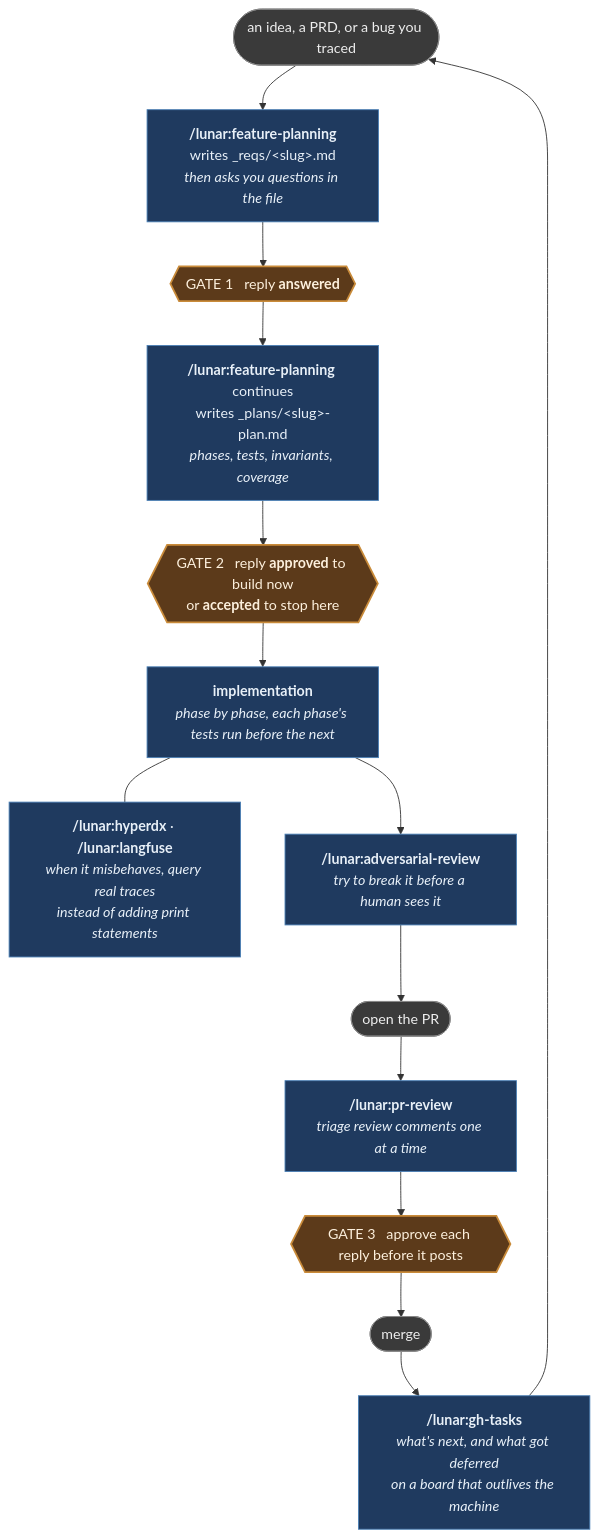
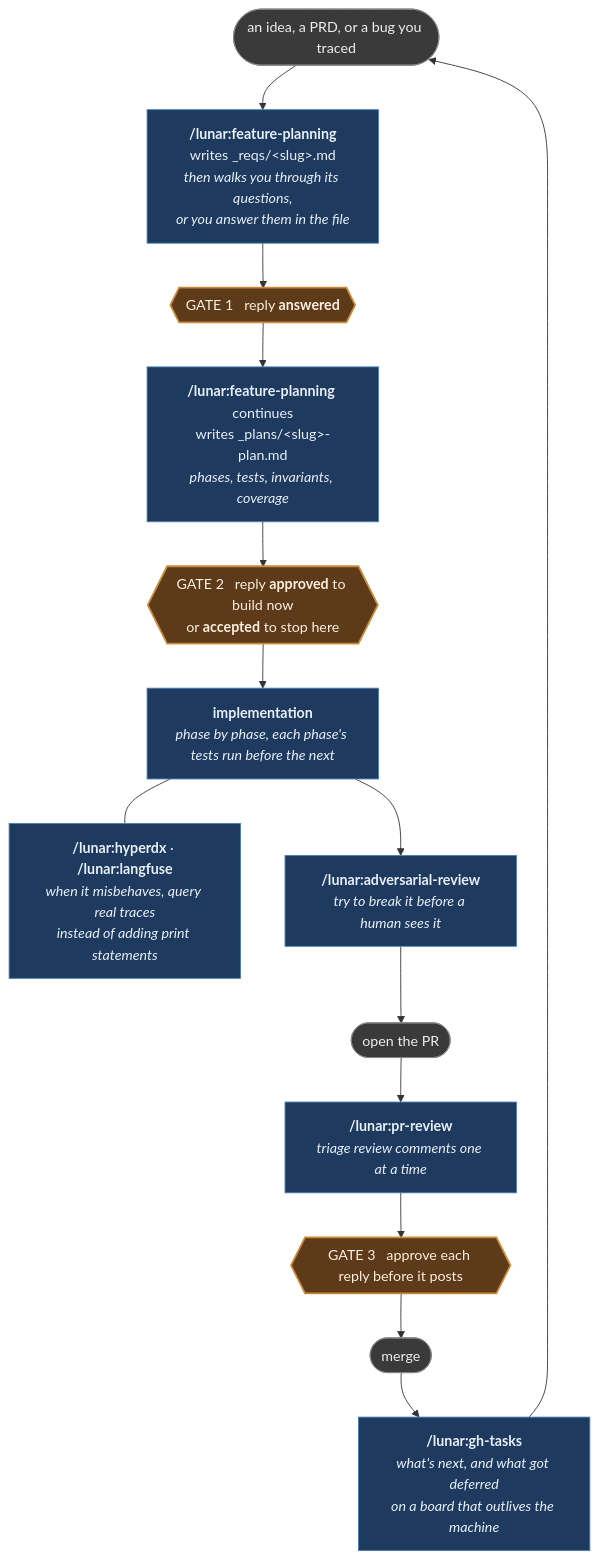
Before and after one commit to LunarCommand/claude-skills: the diagram in README.md, drawn with Mermaid. The commit also changed other lines of this file and 3 other files, not shown here.

````diff
--- a/README.md
+++ b/README.md
@@ -38,28 +38,28 @@
 ```mermaid
 flowchart TD
     idea(["an idea, a PRD, or a bug you traced"])
-    fp1["<b>/lunar:feature-planning</b><br/>writes _reqs/&lt;slug&gt;.md<br/><i>then asks you questions in the file</i>"]
+    fp1["<b>/lunar:feature-planning</b><br/>writes _reqs/&lt;slug&gt;.md<br/><i>then walks you through its questions,<br/>or you answer them in the file</i>"]
     g1{{"GATE 1 &nbsp; reply <b>answered</b>"}}
     fp2["<b>/lunar:feature-planning</b> continues<br/>writes _plans/&lt;slug&gt;-plan.md<br/><i>phases, tests, invariants, coverage</i>"]
     g2{{"GATE 2 &nbsp; reply <b>approved</b> to build now<br/>or <b>accepted</b> to stop here"}}
     impl["<b>implementation</b><br/><i>phase by phase, each phase's tests run before the next</i>"]
     dbg["<b>/lunar:hyperdx</b> &middot; <b>/lunar:langfuse</b><br/><i>when it misbehaves, query real traces<br/>instead of adding print statements</i>"]
     adv["<b>/lunar:adversarial-review</b><br/><i>try to break it before a human sees it</i>"]
     pr(["open the PR"])
     prr["<b>/lunar:pr-review</b><br/><i>triage review comments one at a time</i>"]
     g3{{"GATE 3 &nbsp; approve each reply before it posts"}}
     merge(["merge"])
     tasks["<b>/lunar:gh-tasks</b><br/><i>what's next, and what got deferred<br/>on a board that outlives the machine</i>"]
 
     idea --> fp1 --> g1 --> fp2 --> g2 --> impl --> adv --> pr --> prr --> g3 --> merge
     impl --- dbg
     merge --> tasks --> idea
 
     classDef skill fill:#1f3a5f,stroke:#4a7fb5,color:#e8f0f8
     classDef gate fill:#5c3a1a,stroke:#c98b3a,stroke-width:2px,color:#fdf0dd
     classDef artifact fill:#3a3a3a,stroke:#888,color:#eee
 
     class fp1,fp2,impl,adv,prr,dbg,tasks skill
     class g1,g2,g3 gate
     class idea,pr,merge artifact
 ```
````
